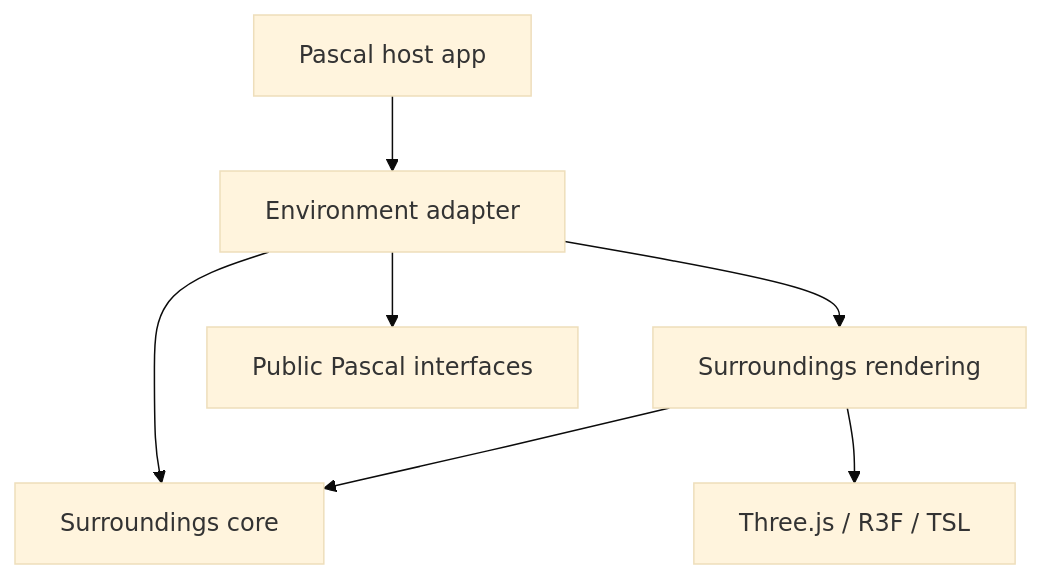
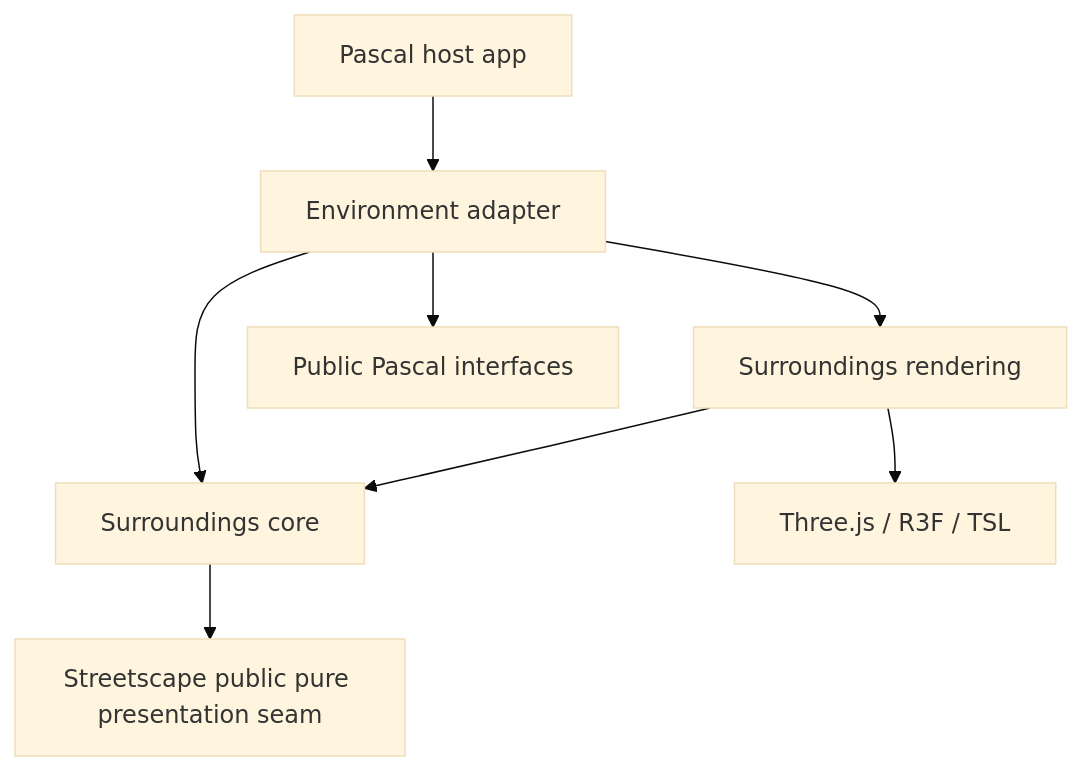
The first of 2 diagrams in .procedural/procedural-surroundings/SPEC.md (AxiomeCG/environment), drawn with Mermaid (base theme) before and after one commit. The commit also changed other lines of this file and 5 other files, not shown here.

````diff
--- a/.procedural/procedural-surroundings/SPEC.md
+++ b/.procedural/procedural-surroundings/SPEC.md
@@ -55,9 +59,10 @@
 ```mermaid
 graph TD
     H[Pascal host app] --> A[Environment adapter]
     A --> R[Surroundings rendering]
     A --> C[Surroundings core]
     R --> C
     R --> T[Three.js / R3F / TSL]
     A --> P[Public Pascal interfaces]
+    C --> SI[Streetscape public pure presentation seam]
 ```
````
